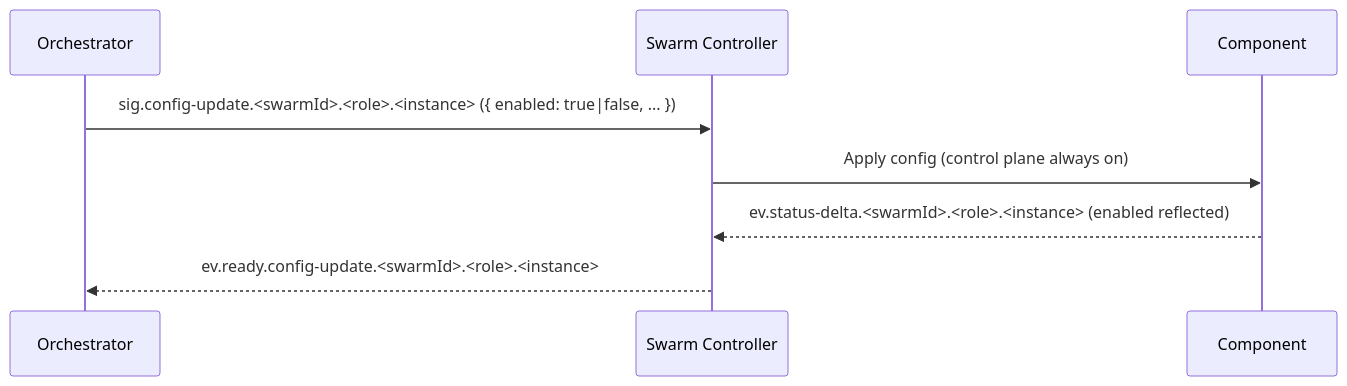
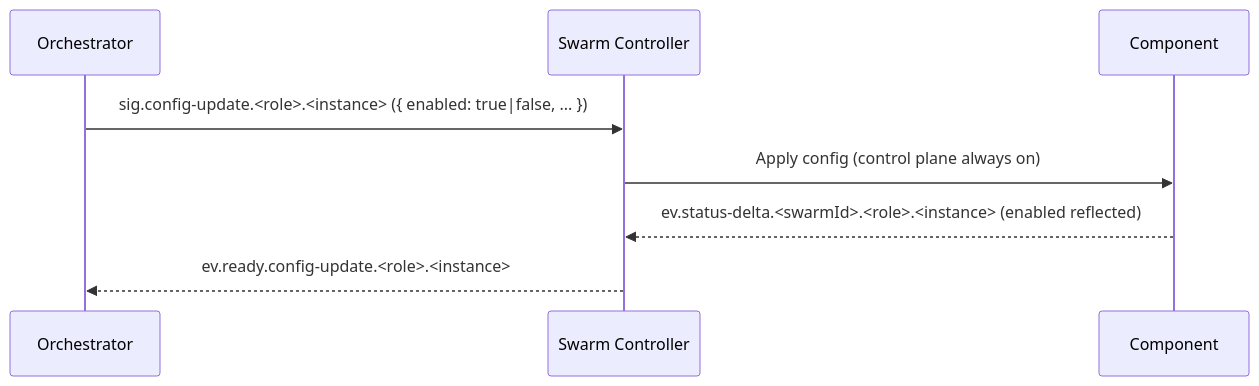
Before and after one commit to sepa79/PocketHive: the third of 8 diagrams in docs/ARCHITECTURE.md, drawn with Mermaid. The commit also changed other lines of this file, not shown here.

Commit message:
docs: align architecture with control-plane contract

````diff
--- a/docs/ARCHITECTURE.md
+++ b/docs/ARCHITECTURE.md
@@ -186,11 +187,11 @@
 ```mermaid
 sequenceDiagram
   participant QN as Orchestrator
   participant MSH as Swarm Controller
   participant CMP as Component
 
-  QN->>MSH: sig.config-update.<swarmId>.<role>.<instance> ({ enabled: true|false, ... })
+  QN->>MSH: sig.config-update.<role>.<instance> ({ enabled: true|false, ... })
   MSH->>CMP: Apply config (control plane always on)
   CMP-->>MSH: ev.status-delta.<swarmId>.<role>.<instance> (enabled reflected)
-  MSH-->>QN: ev.ready.config-update.<swarmId>.<role>.<instance>
+  MSH-->>QN: ev.ready.config-update.<role>.<instance>
 ```
````
